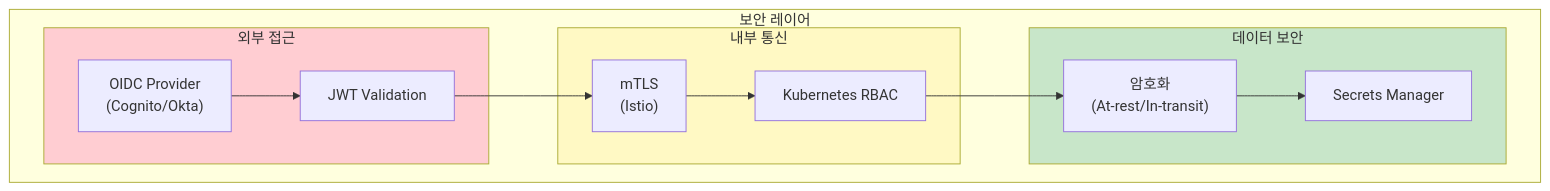
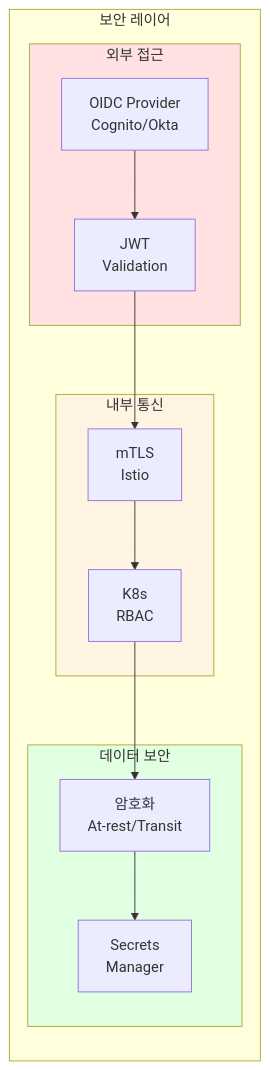
Before and after one commit to devfloor9/engineering-playbook: the ninth of 10 diagrams in docs/agentic-ai-platform/design-architecture/agentic-platform-architecture.md, drawn with Mermaid. The commit also changed other lines of this file and 24 other files, not shown here.

````diff
--- a/docs/agentic-ai-platform/design-architecture/agentic-platform-architecture.md
+++ b/docs/agentic-ai-platform/design-architecture/agentic-platform-architecture.md
@@ -834,29 +834,29 @@
 ```mermaid
-graph TB
+flowchart LR
     subgraph Security["보안 레이어"]
         subgraph External["외부 접근"]
-            OIDC["OIDC Provider<br/>(Cognito/Okta)"]
-            JWT["JWT Validation"]
+            OIDC["OIDC Provider<br/>Cognito/Okta"]
+            JWT["JWT<br/>Validation"]
         end
 
         subgraph Internal["내부 통신"]
-            MTLS["mTLS<br/>(Istio)"]
-            RBAC["Kubernetes RBAC"]
+            MTLS["mTLS<br/>Istio"]
+            RBAC["K8s<br/>RBAC"]
         end
 
         subgraph Data["데이터 보안"]
-            ENCRYPT["암호화<br/>(At-rest/In-transit)"]
-            SECRETS["Secrets Manager"]
+            ENCRYPT["암호화<br/>At-rest/Transit"]
+            SECRETS["Secrets<br/>Manager"]
         end
     end
 
     OIDC --> JWT
     JWT --> MTLS
     MTLS --> RBAC
     RBAC --> ENCRYPT
     ENCRYPT --> SECRETS
 
-    style External fill:#ffcdd2
-    style Internal fill:#fff9c4
-    style Data fill:#c8e6c9
+    style External fill:#ffe1e1
+    style Internal fill:#fff4e1
+    style Data fill:#e1ffe1
 ```
````
